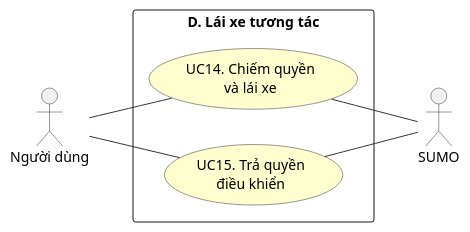
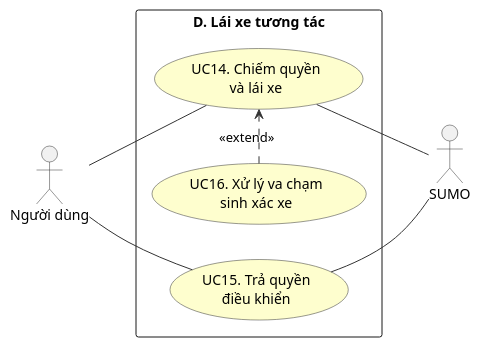
The diagram in DiagramsCode/hinh2.6-usecase-nhom-D.puml (MinhHoang137/SUMO-GR1), drawn with PlantUML before and after one commit. The commit also changed 12 other files, not shown here.

```diff
--- a/DiagramsCode/hinh2.6-usecase-nhom-D.puml
+++ b/DiagramsCode/hinh2.6-usecase-nhom-D.puml
@@ -1,22 +1,25 @@
 @startuml hinh2.6-usecase-nhom-D
 left to right direction
 skinparam packageStyle rectangle
 skinparam usecaseBorderColor #333333
 skinparam usecaseBackgroundColor #FEFECE
 skinparam actorBorderColor #333333
 skinparam ArrowColor #333333
 
 actor "Người dùng" as User
 actor "SUMO" as SUMO
 
 rectangle "D. Lái xe tương tác" {
   usecase "UC14. Chiếm quyền\nvà lái xe" as UC14
   usecase "UC15. Trả quyền\nđiều khiển" as UC15
+  usecase "UC16. Xử lý va chạm\nsinh xác xe" as UC16
 }
 
 User -- UC14
 User -- UC15
 UC14 -- SUMO
 UC15 -- SUMO
 
+UC16 .> UC14 : <<extend>>
+
 @enduml
```
